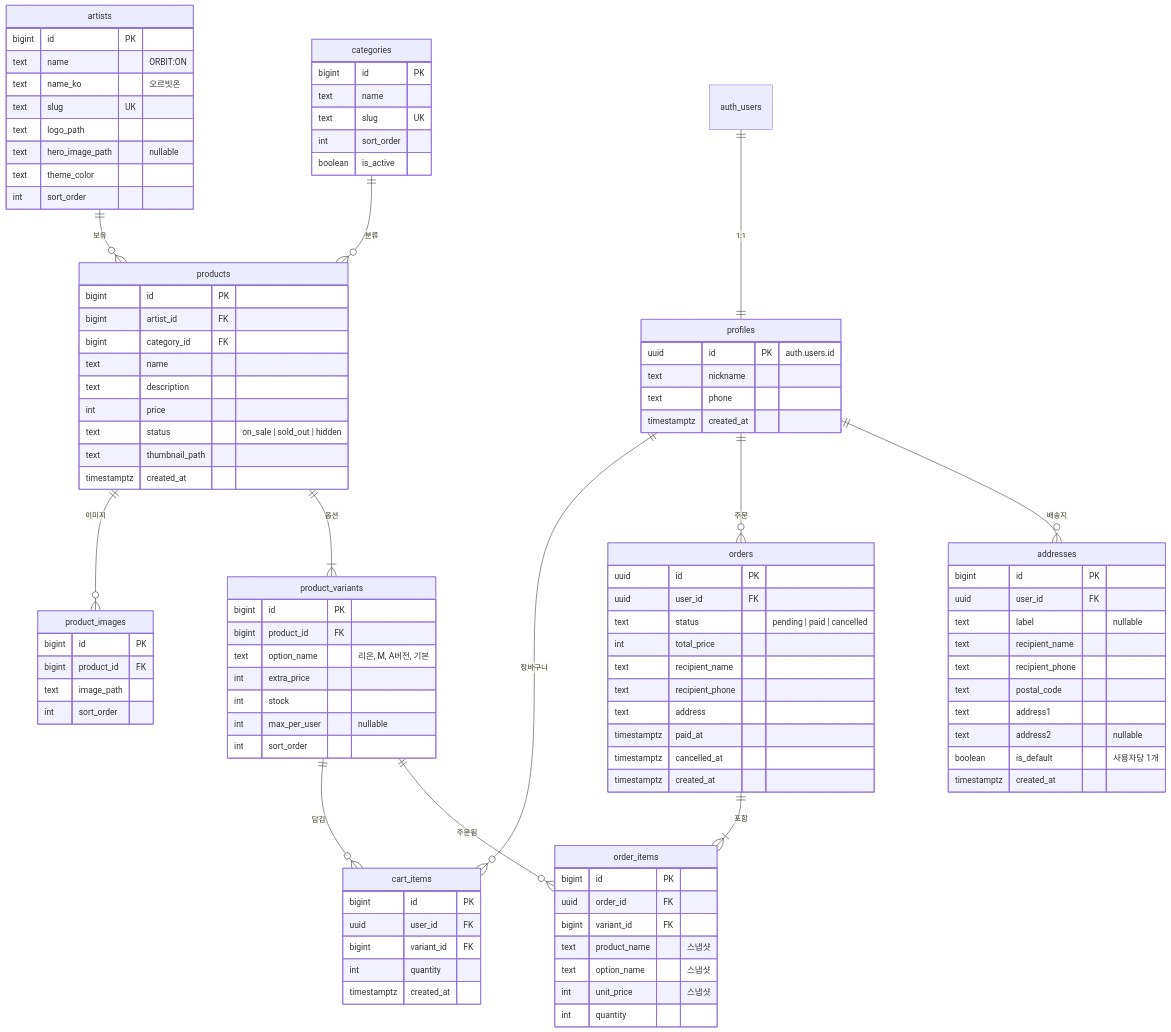
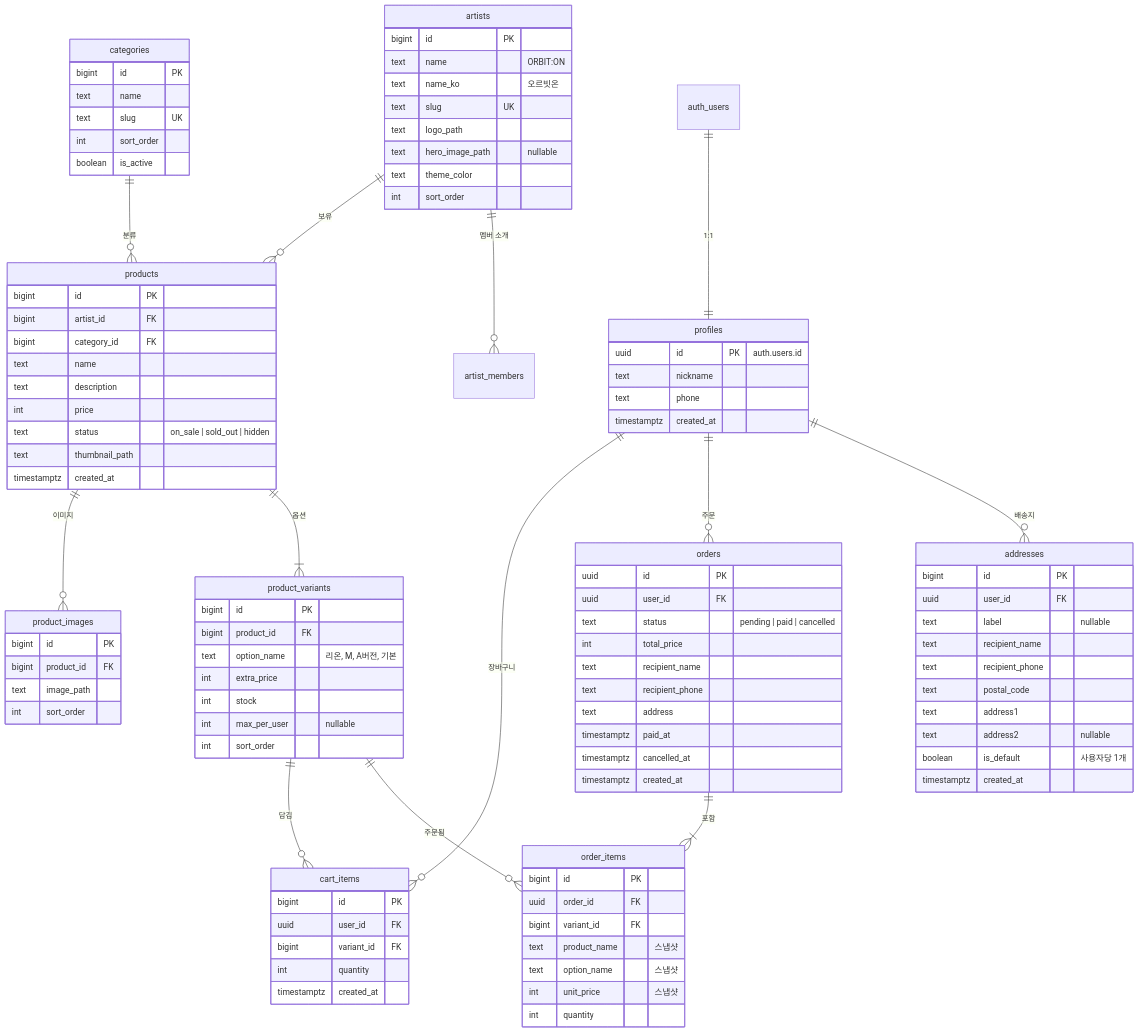
One commit to jin-park0115/KANT_MOA changed the first of 3 diagrams in docs/DB_DESIGN.md. Above: the diagram before and after it, drawn with Mermaid. The commit also changed other lines of this file and 5 other files, not shown here.

```diff
--- a/docs/DB_DESIGN.md
+++ b/docs/DB_DESIGN.md
@@ -39,6 +39,7 @@
 erDiagram
     auth_users ||--|| profiles : "1:1"
     artists ||--o{ products : "보유"
+    artists ||--o{ artist_members : "멤버 소개"
     categories ||--o{ products : "분류"
     products ||--o{ product_images : "이미지"
     products ||--|{ product_variants : "옵션"
```
